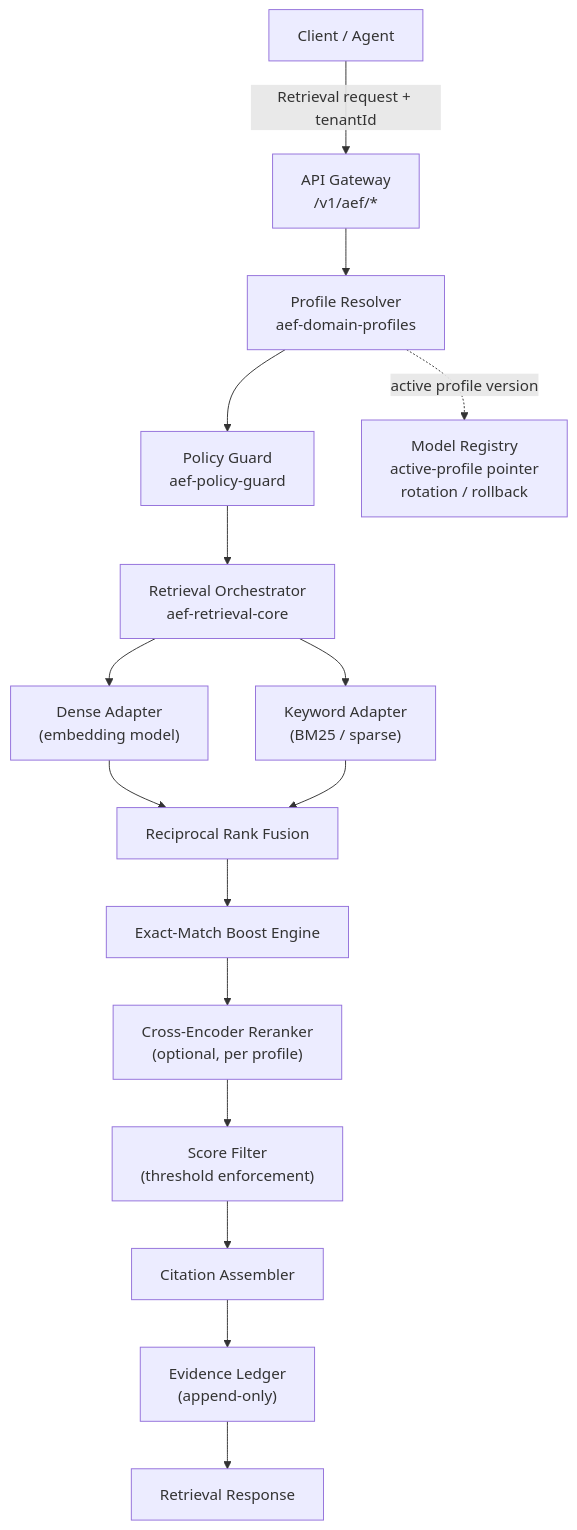
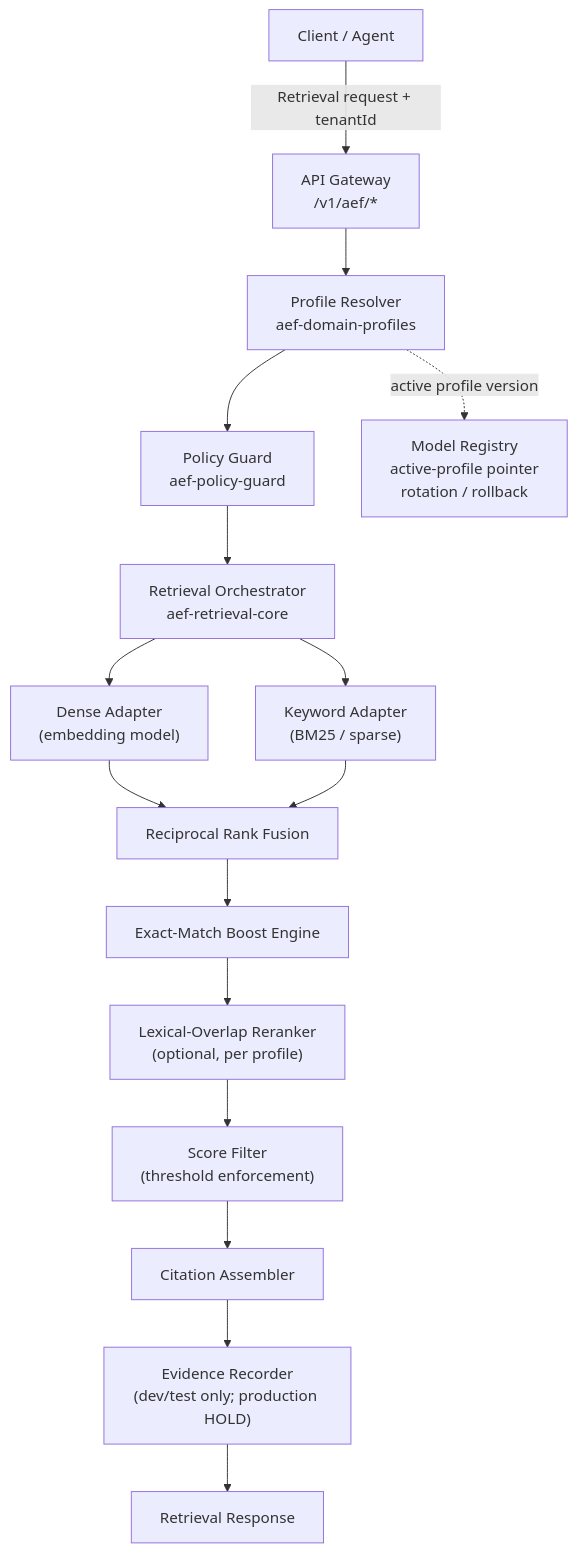
One commit to szl-holdings/platform changed the first of 4 diagrams in docs/aef/architecture.md. Above: the diagram before and after it, drawn with Mermaid. The commit also changed other lines of this file and 513 other files, not shown here.

````diff
--- a/docs/aef/architecture.md
+++ b/docs/aef/architecture.md
@@ -9,22 +9,22 @@
 ```mermaid
 graph TD
     Client["Client / Agent"] -->|"Retrieval request + tenantId"| Gateway["API Gateway\n/v1/aef/*"]
     Gateway --> ProfileResolver["Profile Resolver\naef-domain-profiles"]
     ProfileResolver --> PolicyGuard["Policy Guard\naef-policy-guard"]
     PolicyGuard --> Orchestrator["Retrieval Orchestrator\naef-retrieval-core"]
 
     Orchestrator --> DenseAdapter["Dense Adapter\n(embedding model)"]
     Orchestrator --> KeywordAdapter["Keyword Adapter\n(BM25 / sparse)"]
 
     DenseAdapter --> Fusion["Reciprocal Rank Fusion"]
     KeywordAdapter --> Fusion
 
     Fusion --> BoostEngine["Exact-Match Boost Engine"]
-    BoostEngine --> Reranker["Cross-Encoder Reranker\n(optional, per profile)"]
+    BoostEngine --> Reranker["Lexical-Overlap Reranker\n(optional, per profile)"]
     Reranker --> ScoreFilter["Score Filter\n(threshold enforcement)"]
     ScoreFilter --> CitationAssembler["Citation Assembler"]
-    CitationAssembler --> EvidenceLedger["Evidence Ledger\n(append-only)"]
+    CitationAssembler --> EvidenceLedger["Evidence Recorder\n(dev/test only; production HOLD)"]
     EvidenceLedger --> Response["Retrieval Response"]
 
     ProfileResolver -.->|"active profile version"| ModelRegistry["Model Registry\nactive-profile pointer\nrotation / rollback"]
 ```
````
